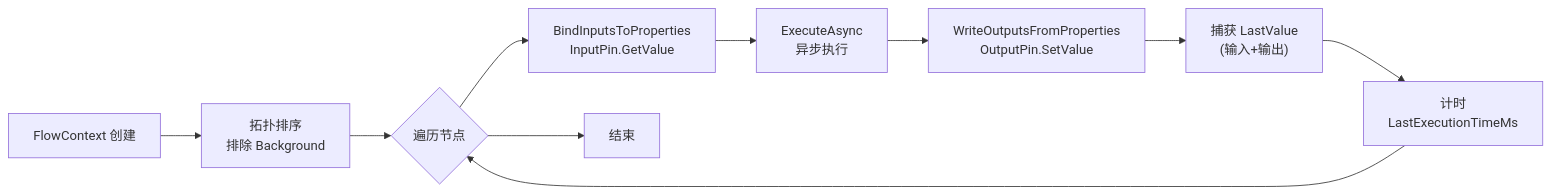
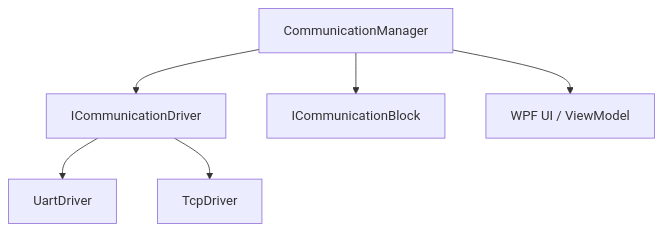
The third of 3 diagrams in README.md (AyalaKaguya/VisualCutterForm), drawn with Mermaid before and after one commit. The commit also changed other lines of this file and 2 other files, not shown here.

````diff
--- a/README.md
+++ b/README.md
@@ -226,12 +79,8 @@
 ```mermaid
-flowchart LR
-    A[FlowContext 创建] --> B[拓扑排序<br/>排除 Background]
-    B --> C{遍历节点}
-    C --> D[BindInputsToProperties<br/>InputPin.GetValue]
-    D --> E[ExecuteAsync<br/>异步执行]
-    E --> F[WriteOutputsFromProperties<br/>OutputPin.SetValue]
-    F --> G["捕获 LastValue<br/>(输入+输出)"]
-    G --> H["计时<br/>LastExecutionTimeMs"]
-    H --> C
-    C --> I[结束]
+graph TB
+    A[CommunicationManager] --> B[ICommunicationDriver]
+    B --> C[UartDriver]
+    B --> D[TcpDriver]
+    A --> E[ICommunicationBlock]
+    A --> F[WPF UI / ViewModel]
 ```
````
